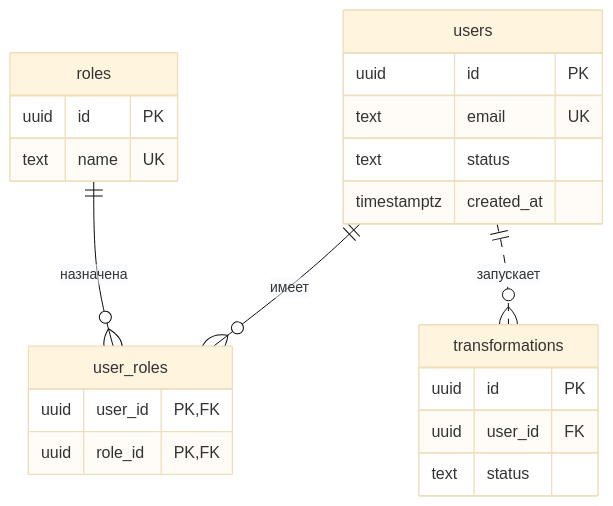
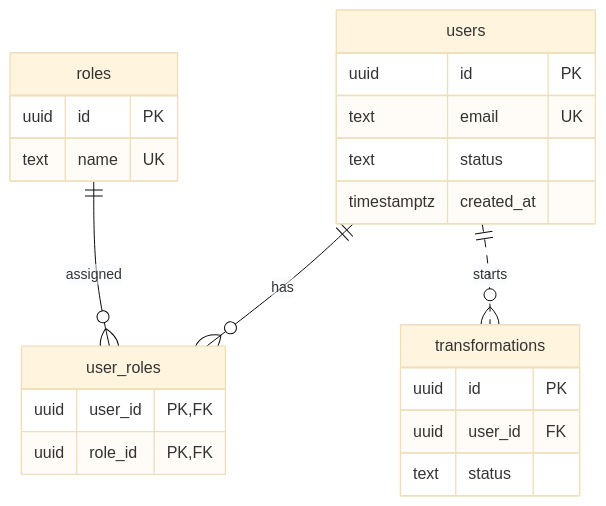
Before and after one commit to pavel-skripko-innowise/inno-fe-be-a1: the diagram in courses-content/backend/A/1/en/0.1 Базы данных.md, drawn with Mermaid (base theme). The commit also changed other lines of this file and 35 other files, not shown here.

````diff
--- a/courses-content/backend/A/1/en/0.1 Базы данных.md
+++ b/courses-content/backend/A/1/en/0.1 Базы данных.md
@@ -71,25 +71,25 @@
 ```mermaid
 erDiagram
-  users ||--o{ user_roles : "имеет"
-  roles ||--o{ user_roles : "назначена"
-  users ||..o{ transformations : "запускает"
+  users ||--o{ user_roles : "has"
+  roles ||--o{ user_roles : "assigned"
+  users ||..o{ transformations : "starts"
   users {
     uuid id PK
     text email UK
     text status
     timestamptz created_at
   }
   roles {
     uuid id PK
     text name UK
   }
   user_roles {
     uuid user_id PK, FK
     uuid role_id PK, FK
   }
   transformations {
     uuid id PK
     uuid user_id FK
     text status
   }
 ```
````
